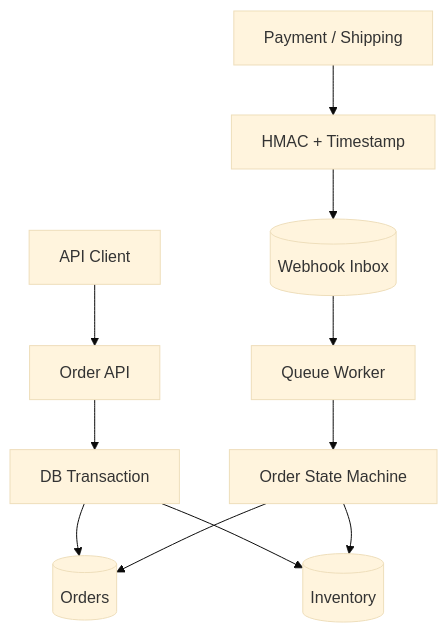
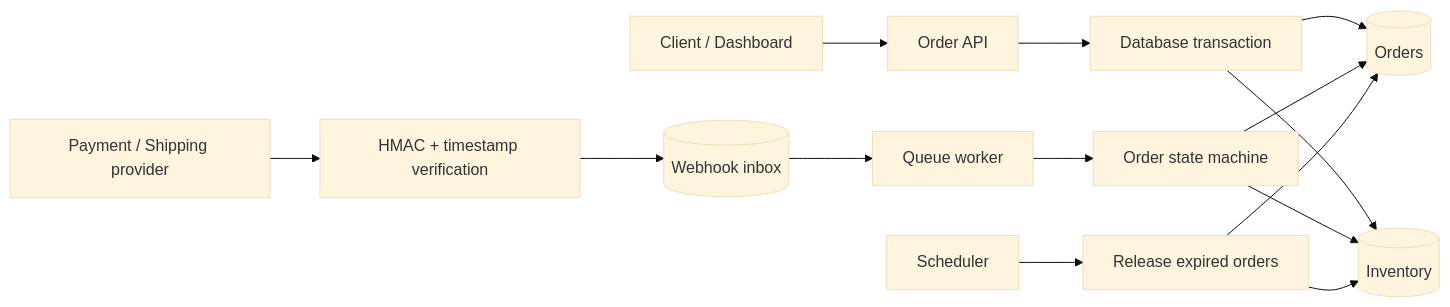
One commit to akira0414/laravel-commerce-platform changed the first of 2 diagrams in README.md. Above: the diagram before and after it, drawn with Mermaid (base theme). The commit also changed other lines of this file and 143 other files, not shown here.

````diff
--- a/README.md
+++ b/README.md
@@ -20,13 +32,18 @@
 ```mermaid
-flowchart TD
-    Client[API Client] --> OrderAPI[Order API]
-    OrderAPI --> Tx[DB Transaction]
+flowchart LR
+    Client["Client / Dashboard"] --> OrderAPI["Order API"]
+    OrderAPI --> Tx["Database transaction"]
     Tx --> Orders[(Orders)]
     Tx --> Inventory[(Inventory)]
-    Provider[Payment / Shipping] --> Verify[HMAC + Timestamp]
-    Verify --> Inbox[(Webhook Inbox)]
-    Inbox --> Queue[Queue Worker]
-    Queue --> State[Order State Machine]
-    State --> Orders
-    State --> Inventory
+
+    Provider["Payment / Shipping provider"] --> Signature["HMAC + timestamp verification"]
+    Signature --> Inbox[(Webhook inbox)]
+    Inbox --> Worker["Queue worker"]
+    Worker --> StateMachine["Order state machine"]
+    StateMachine --> Orders
+    StateMachine --> Inventory
+
+    Scheduler["Scheduler"] --> Expiry["Release expired orders"]
+    Expiry --> Orders
+    Expiry --> Inventory
 ```
````
